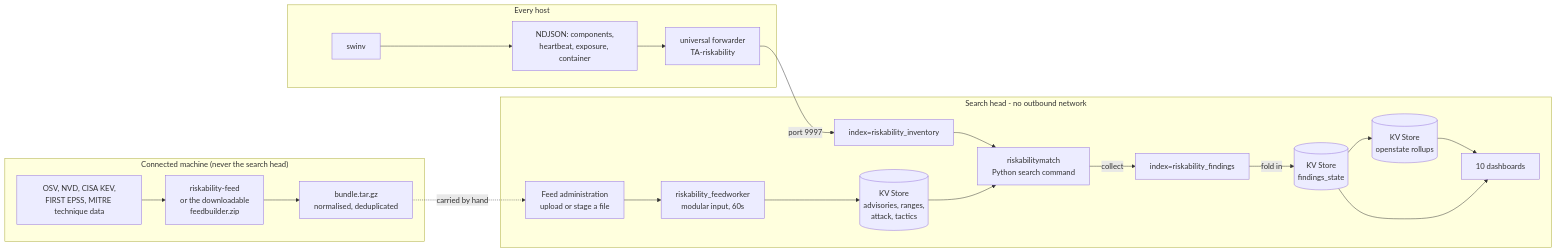
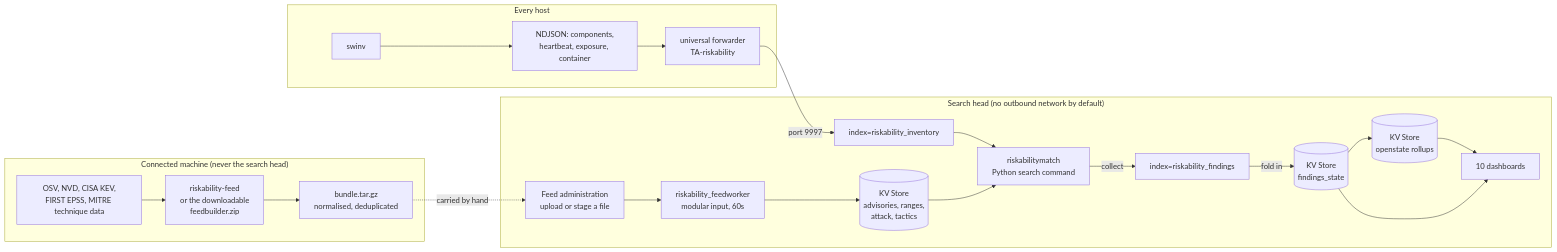
The first of 2 diagrams in README.md (chaugan/riskability), drawn with Mermaid before and after one commit. The commit also changed other lines of this file and 25 other files, not shown here.

````diff
--- a/README.md
+++ b/README.md
@@ -1128,36 +1194,36 @@
 ```mermaid
 flowchart LR
   subgraph connected["Connected machine (never the search head)"]
     B["riskability-feed<br/>or the downloadable<br/>feedbuilder.zip"]
     OSV["OSV, NVD, CISA KEV,<br/>FIRST EPSS, MITRE technique data"] --> B
     B --> BUNDLE["bundle.tar.gz<br/>normalised, deduplicated"]
   end
 
   subgraph fleet["Every host"]
     SW["swinv"] --> ND["NDJSON: components,<br/>heartbeat, exposure, container"]
     ND --> UF["universal forwarder<br/>TA-riskability"]
   end
 
-  subgraph sh["Search head - no outbound network"]
+  subgraph sh["Search head (no outbound network by default)"]
     IMP["Feed administration<br/>upload or stage a file"]
     WORKER["riskability_feedworker<br/>modular input, 60s"]
     IDX["index=riskability_inventory"]
     KVF[("KV Store<br/>advisories, ranges,<br/>attack, tactics")]
     MATCH["riskabilitymatch<br/>Python search command"]
     FIND["index=riskability_findings"]
     STATE[("KV Store<br/>findings_state")]
     ROLL[("KV Store<br/>openstate rollups")]
     DASH["10 dashboards"]
 
     IMP --> WORKER --> KVF
     IDX --> MATCH
     KVF --> MATCH
     MATCH -->|collect| FIND
     FIND -->|fold in| STATE
     STATE --> ROLL --> DASH
     STATE --> DASH
   end
 
   UF -->|"port 9997"| IDX
   BUNDLE -.->|"carried by hand"| IMP
 ```
````
